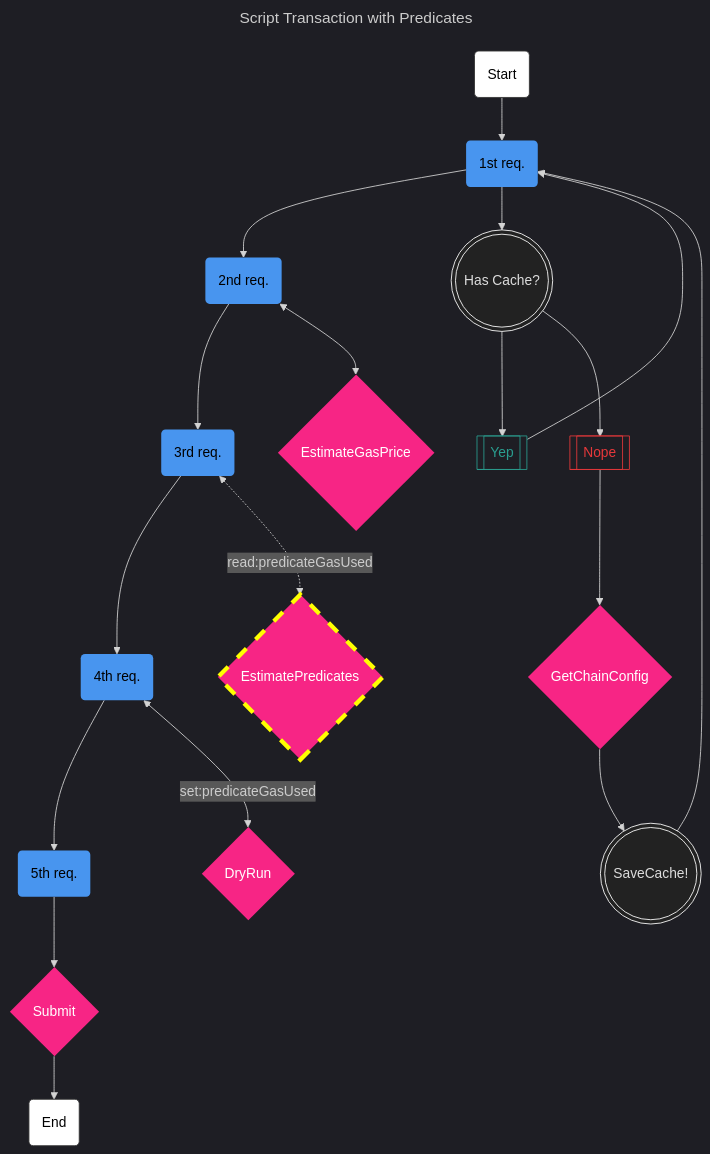
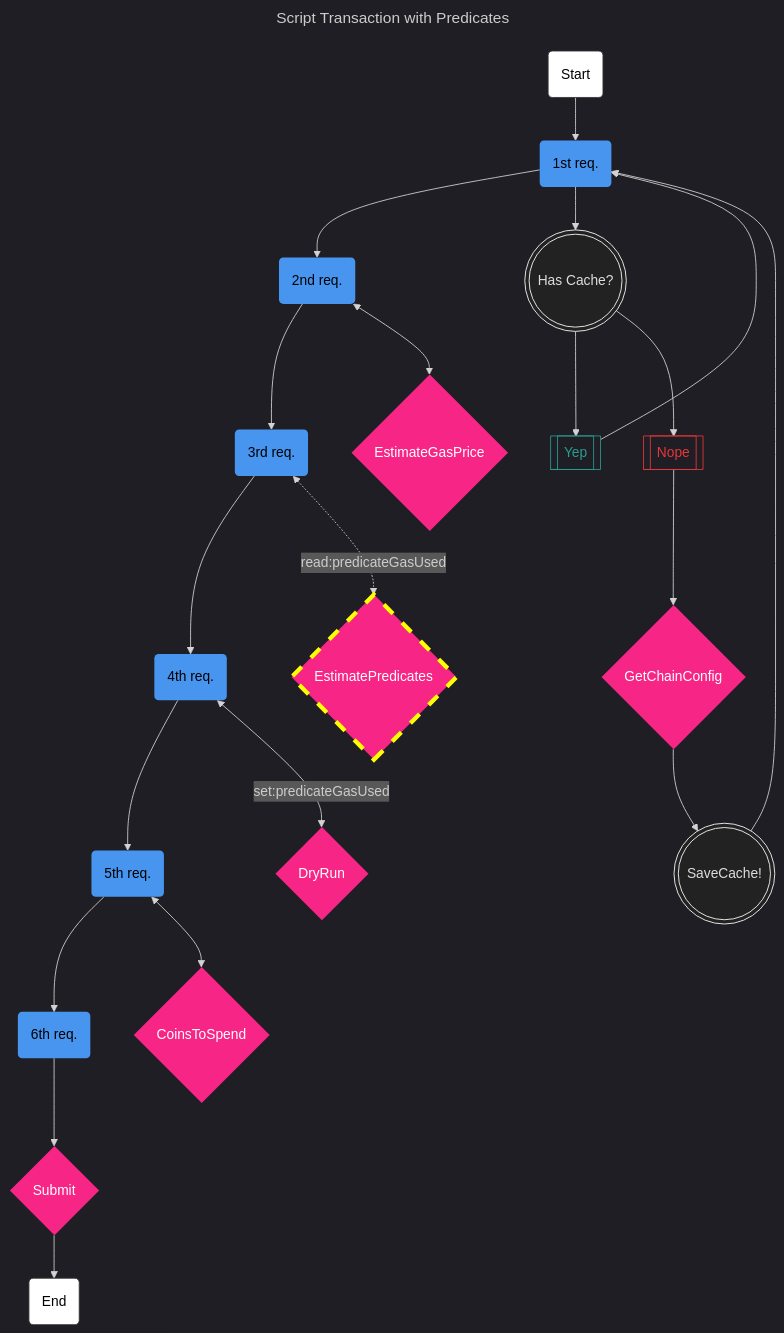
Before and after one commit to Torres-ssf/tx-perf: the second of 4 diagrams in README.md, drawn with Mermaid. The commit also changed other lines of this file, not shown here.

Commit message:
document missing request CoinsToSpend

````diff
--- a/README.md
+++ b/README.md
@@ -141,65 +144,69 @@
 ```mermaid
 ---
 title: Script Transaction with Predicates
 theme: dark
 ---
 
 %%{
   init: {
     'theme': 'dark'
   }
 }%%
 
 flowchart TB
   Start(Start) --> First(1st req.)
   First --> Second(2nd req.)
   Second --> Third(3rd req.)
   Third --> Forth(4th req.)
   Forth --> Fifth(5th req.)
+  Fifth --> Sixth(6th req.)
 
   First --> HasConsensus(((Has Cache?)))
   HasConsensus --> Yep[[Yep]]
   HasConsensus --> Nope[[Nope]]
   Nope --> GetChainConfig{GetChainConfig}
   Yep -->First
 
   GetChainConfig -->SaveCache(((SaveCache!)))
   SaveCache --> First
 
   Second <--> EstimateGasPrice{EstimateGasPrice}
   Third <-.-> |read:predicateGasUsed| EstimatePredicates{EstimatePredicates}
   Forth <--> |set:predicateGasUsed|DryRun{DryRun}
-  Fifth --> Submit{Submit}
+  Fifth <--> CoinsToSpend{CoinsToSpend}
+  Sixth --> Submit{Submit}
   Submit --> End(End)
 
 
 classDef default stroke:#000;
 
 classDef GqlRequest stroke:none, fill:#f72585, color:#fff;
 classDef Action stroke:#fff, fill:#222, color:#ddd;
 classDef StartEnd stroke:#333, fill:#fff, color:#000;
 classDef Steps stroke:none, fill:#4895ef, color:#000;
 
 class Start StartEnd;
 class End StartEnd;
 
 class GetChainConfig GqlRequest;
 class EstimateGasPrice GqlRequest;
 class DryRun GqlRequest;
+class CoinsToSpend GqlRequest;
 class Submit GqlRequest;
 class EstimatePredicates GqlRequest;
 
 class HasConsensus Action;
 class SaveCache Action;
 
 class First Steps
 class Second Steps
 class Third Steps
 class Forth Steps
 class Fifth Steps
+class Sixth Steps
 
 style Yep stroke:#2a9d8f, color:#2a9d8f, fill:none;
 style Nope stroke:#e5383b, color:#e5383b, fill:none;
 
 style EstimatePredicates stroke:yellow, stroke-width: 5px, stroke-dasharray:15 15;
 ```
````
